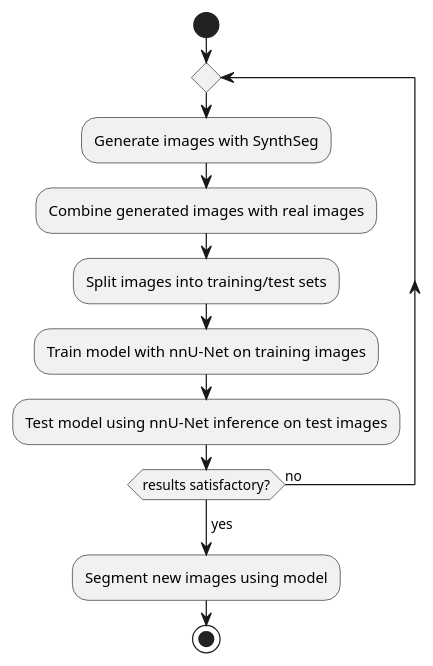
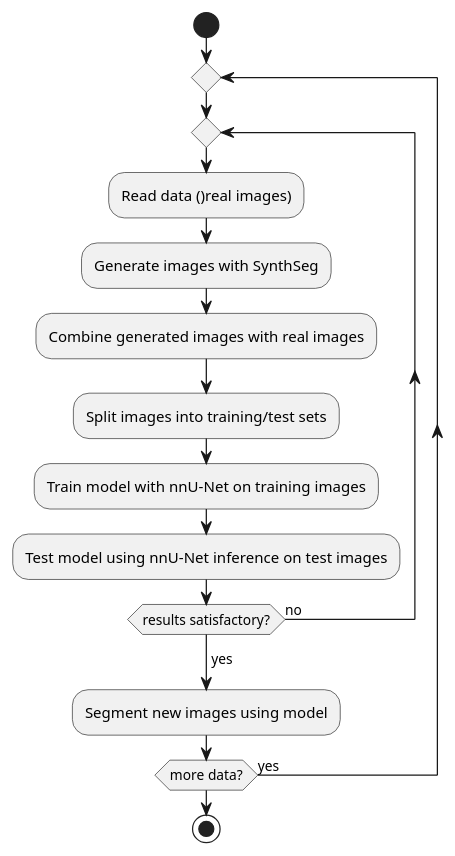
The diagram in doc/paper/figure1-overall.puml (DCAN-Labs/dcan-nn-unet), drawn with PlantUML before and after one commit. The commit also changed 1 other file, not shown here.

Commit message:
Added conditional for more data.

```diff
--- a/doc/paper/figure1-overall.puml
+++ b/doc/paper/figure1-overall.puml
@@ -1,16 +1,19 @@
 @startuml
 'https://plantuml.com/activity-diagram-beta
 
 start
 repeat
-    :Generate images with SynthSeg;
-    :Combine generated images with real images;
-    :Split images into training/test sets;
-    :Train model with nnU-Net on training images;
-    :Test model using nnU-Net inference on test images;
+    repeat
+        :Read data ()real images);
+        :Generate images with SynthSeg;
+        :Combine generated images with real images;
+        :Split images into training/test sets;
+        :Train model with nnU-Net on training images;
+        :Test model using nnU-Net inference on test images;
 repeat while (results satisfactory?) is (no)
 ->yes;
 :Segment new images using model;
+repeat while (more data?) is (yes)
 stop
 
 @enduml
```
